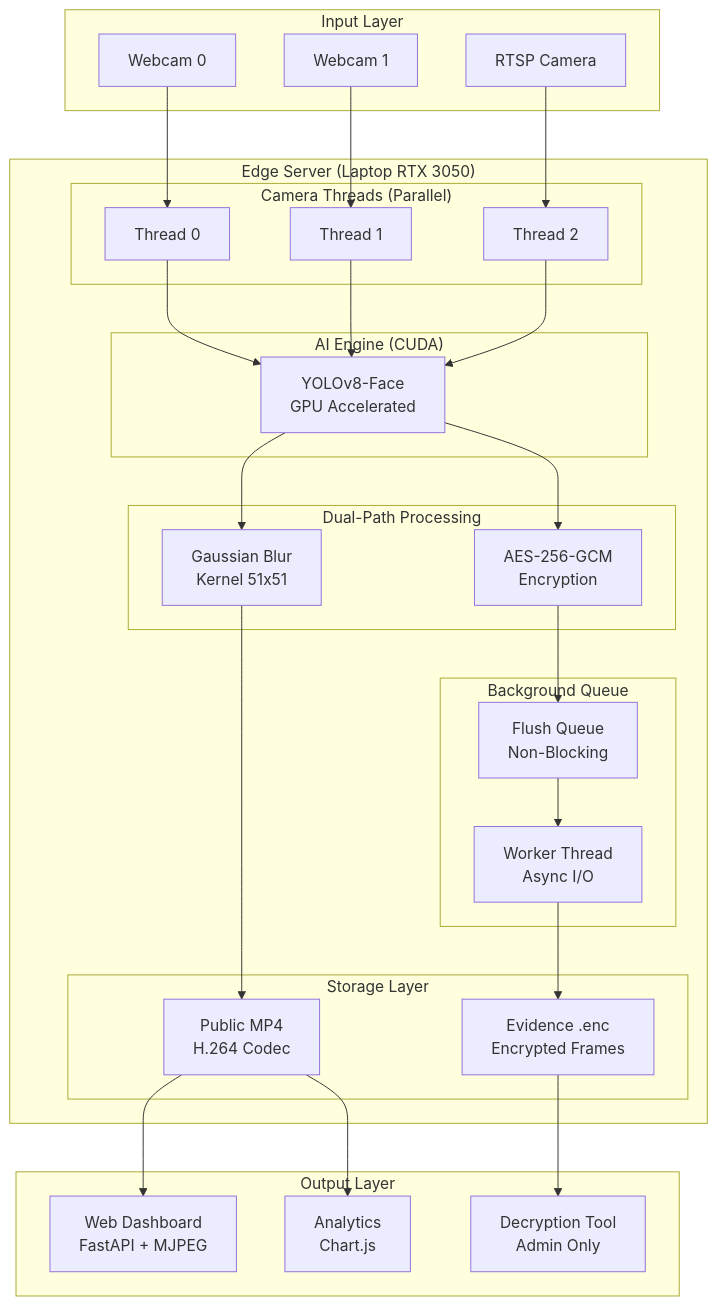
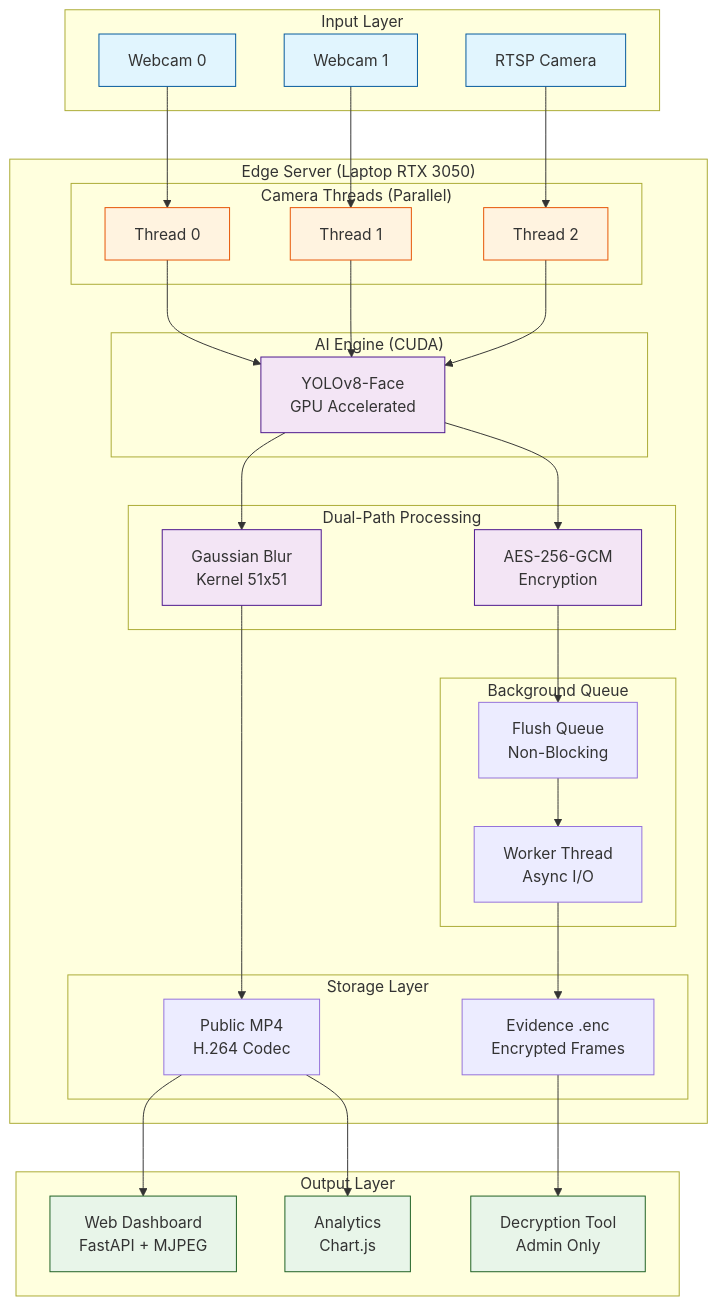
The diagram in MASTERPLAN.md (bayusegara27/SECURE-EDGE-VISION-SYSTEM), drawn with Mermaid before and after one commit. The commit also changed other lines of this file and 6 other files, not shown here.

````diff
--- a/MASTERPLAN.md
+++ b/MASTERPLAN.md
@@ -35,59 +35,65 @@
 ```mermaid
 graph TB
+    classDef layer stroke:#333,stroke-width:2px,fill:#f9f9f9;
+    classDef input fill:#e1f5fe,stroke:#01579b;
+    classDef edge fill:#fff3e0,stroke:#e65100;
+    classDef process fill:#f3e5f5,stroke:#4a148c;
+    classDef output fill:#e8f5e9,stroke:#1b5e20;
+
     subgraph Input["Input Layer"]
-        CAM0[Webcam 0]
-        CAM1[Webcam 1]
-        RTSP[RTSP Camera]
+        CAM0[Webcam 0]:::input
+        CAM1[Webcam 1]:::input
+        RTSP[RTSP Camera]:::input
     end
     
     subgraph EdgeServer["Edge Server (Laptop RTX 3050)"]
         subgraph CameraThreads["Camera Threads (Parallel)"]
-            T0[Thread 0]
-            T1[Thread 1]
-            T2[Thread 2]
+            T0[Thread 0]:::edge
+            T1[Thread 1]:::edge
+            T2[Thread 2]:::edge
         end
         
         subgraph AIEngine["AI Engine (CUDA)"]
-            YOLO[YOLOv8-Face<br/>GPU Accelerated]
+            YOLO[YOLOv8-Face<br/>GPU Accelerated]:::process
         end
         
         subgraph DualPath["Dual-Path Processing"]
-            BLUR[Gaussian Blur<br/>Kernel 51x51]
-            ENC[AES-256-GCM<br/>Encryption]
+            BLUR[Gaussian Blur<br/>Kernel 51x51]:::process
+            ENC[AES-256-GCM<br/>Encryption]:::process
         end
         
         subgraph Storage["Storage Layer"]
             PUBLIC[Public MP4<br/>H.264 Codec]
             EVIDENCE[Evidence .enc<br/>Encrypted Frames]
         end
         
         subgraph BackgroundWorker["Background Queue"]
             QUEUE[Flush Queue<br/>Non-Blocking]
             WORKER[Worker Thread<br/>Async I/O]
         end
     end
     
     subgraph Output["Output Layer"]
-        WEB[Web Dashboard<br/>FastAPI + MJPEG]
-        ANALYTICS[Analytics<br/>Chart.js]
-        DECRYPT[Decryption Tool<br/>Admin Only]
+        WEB[Web Dashboard<br/>FastAPI + MJPEG]:::output
+        ANALYTICS[Analytics<br/>Chart.js]:::output
+        DECRYPT[Decryption Tool<br/>Admin Only]:::output
     end
     
     CAM0 --> T0
     CAM1 --> T1
     RTSP --> T2
     
     T0 & T1 & T2 --> YOLO
     
     YOLO --> BLUR
     YOLO --> ENC
     
     BLUR --> PUBLIC
     ENC --> QUEUE
     QUEUE --> WORKER
     WORKER --> EVIDENCE
     
     PUBLIC --> WEB
     PUBLIC --> ANALYTICS
     EVIDENCE --> DECRYPT
 ```
````
